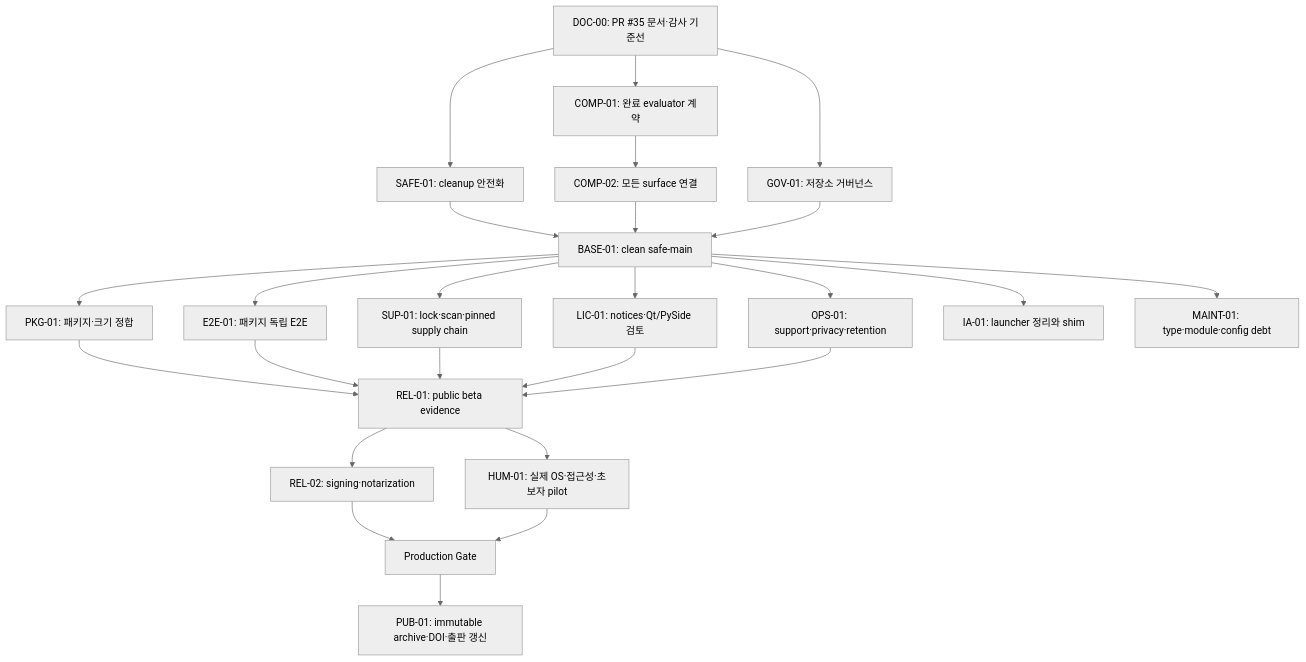
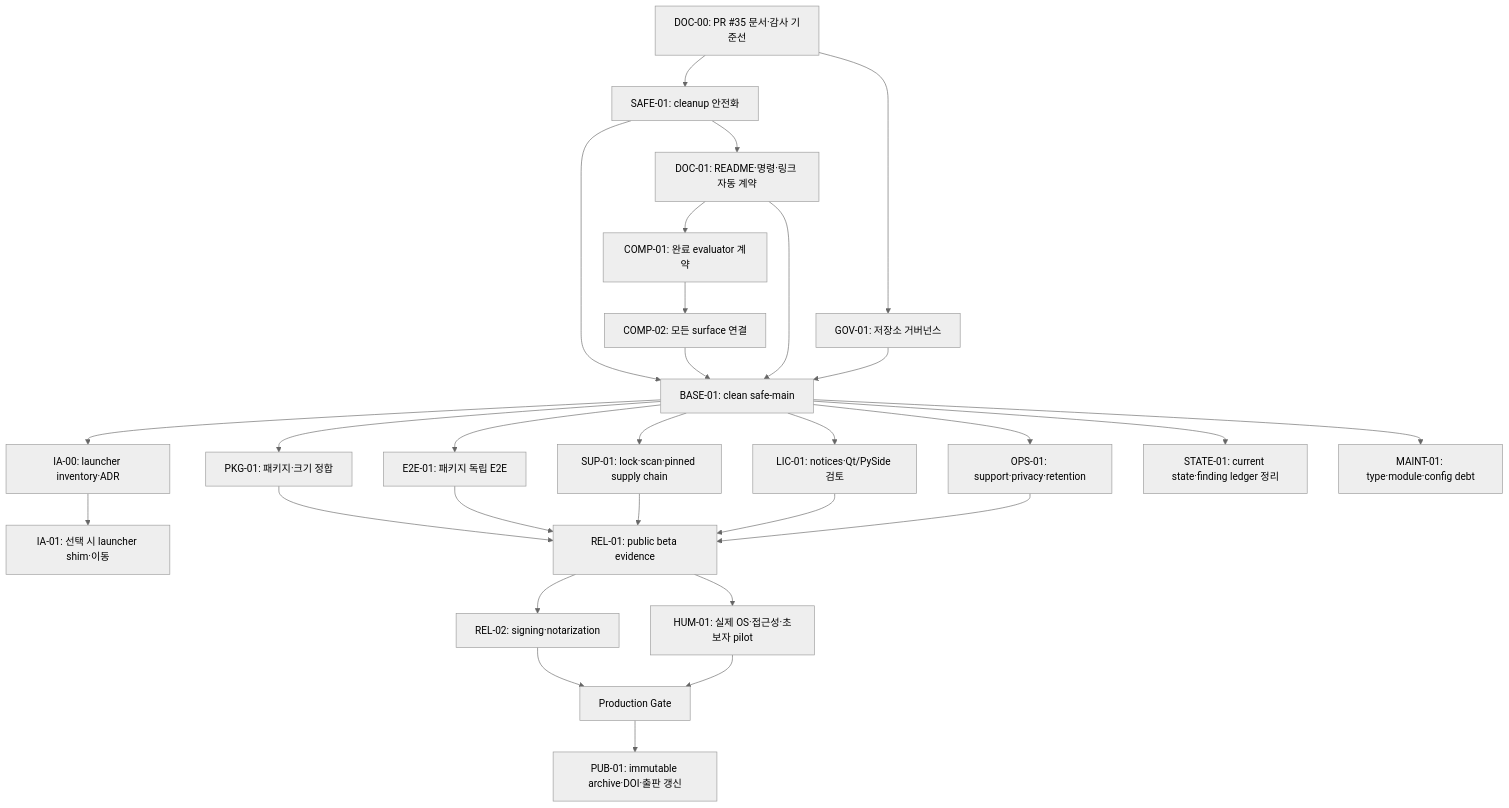
One commit to ycpiglet/manipulator-control-tutorial changed the diagram in .agents/READINESS_EXECUTION_PLAN.md. Above: the diagram before and after it, drawn with Mermaid (neutral theme). The commit also changed other lines of this file and 48 other files, not shown here.

````diff
--- a/.agents/READINESS_EXECUTION_PLAN.md
+++ b/.agents/READINESS_EXECUTION_PLAN.md
@@ -153,27 +177,31 @@
 ```mermaid
 flowchart TD
     D[DOC-00: PR #35 문서·감사 기준선] --> S1[SAFE-01: cleanup 안전화]
-    D --> C1[COMP-01: 완료 evaluator 계약]
+    S1 --> DC[DOC-01: README·명령·링크 자동 계약]
+    DC --> C1[COMP-01: 완료 evaluator 계약]
     C1 --> C2[COMP-02: 모든 surface 연결]
     D --> G[GOV-01: 저장소 거버넌스]
     S1 --> B[BASE-01: clean safe-main]
     C2 --> B
+    DC --> B
     G --> B
     B --> P[PKG-01: 패키지·크기 정합]
     B --> E[E2E-01: 패키지 독립 E2E]
     B --> C[SUP-01: lock·scan·pinned supply chain]
     B --> L[LIC-01: notices·Qt/PySide 검토]
     B --> O[OPS-01: support·privacy·retention]
-    B --> I[IA-01: launcher 정리와 shim]
+    B --> I0[IA-00: launcher inventory·ADR]
+    I0 --> I[IA-01: 선택 시 launcher shim·이동]
+    B --> ST[STATE-01: current state·finding ledger 정리]
     P --> PB[REL-01: public beta evidence]
     E --> PB
     C --> PB
     L --> PB
     O --> PB
     PB --> SGN[REL-02: signing·notarization]
     PB --> H[HUM-01: 실제 OS·접근성·초보자 pilot]
     SGN --> PROD[Production Gate]
     H --> PROD
     PROD --> PUB[PUB-01: immutable archive·DOI·출판 갱신]
     B --> M[MAINT-01: type·module·config debt]
 ```
````
